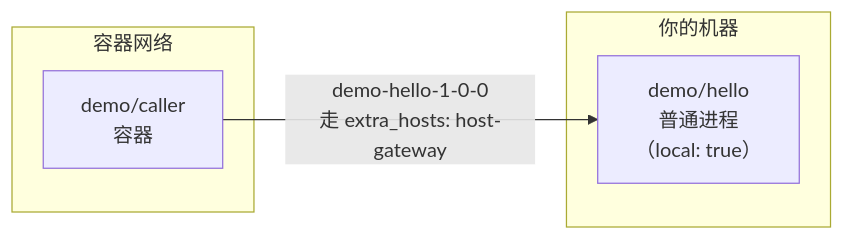
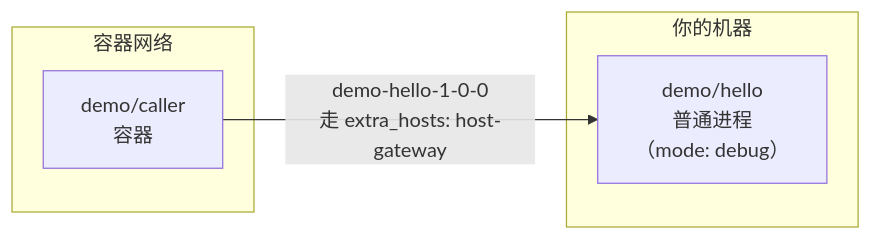
One commit to brickKit/brickKit changed the diagram in docs/zh/03-guide/03-local-debugging.md. Above: the diagram before and after it, drawn with Mermaid. The commit also changed other lines of this file and 47 other files, not shown here.

First line of the commit message:
重构：internal/cli 及其余消费方迁移到 Mode，Go 侧的 enabled/local 清理收尾

````diff
--- a/docs/zh/03-guide/03-local-debugging.md
+++ b/docs/zh/03-guide/03-local-debugging.md
@@ -39,10 +41,10 @@
 ```mermaid
 graph LR
     subgraph 容器网络
         Caller["demo/caller<br/>容器"]
     end
     subgraph 你的机器
-        Hello["demo/hello<br/>普通进程<br/>（local: true）"]
+        Hello["demo/hello<br/>普通进程<br/>（mode: debug）"]
     end
     Caller -->|"demo-hello-1-0-0<br/>走 extra_hosts: host-gateway"| Hello
 ```
````
